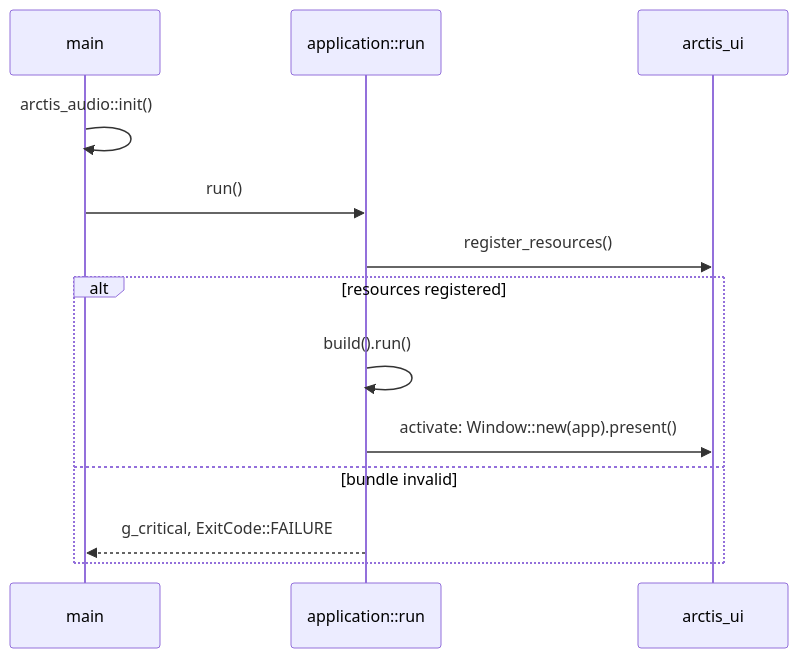
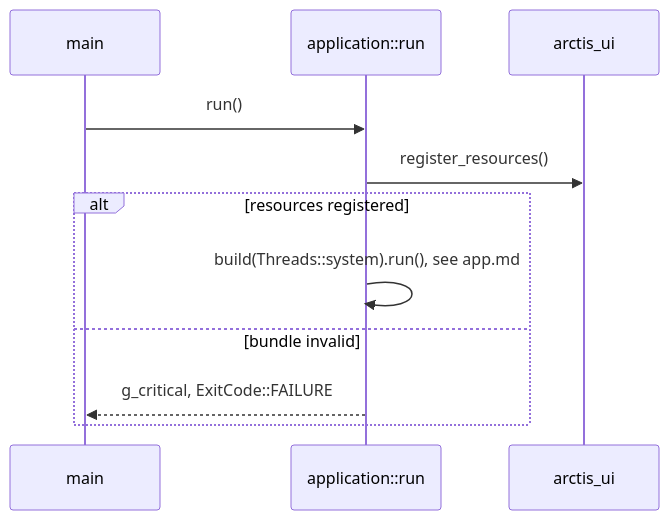
Before and after one commit to marcelogm/arctis-companion: the second of 4 diagrams in docs/architecture/README.md, drawn with Mermaid. The commit also changed other lines of this file and 1 other file, not shown here.

Commit message:
docs(architecture): add the app platform page

````diff
--- a/docs/architecture/README.md
+++ b/docs/architecture/README.md
@@ -47,15 +48,13 @@
 ```mermaid
 sequenceDiagram
     participant M as main
     participant A as application::run
     participant U as arctis_ui
-    M->>M: arctis_audio::init()
     M->>A: run()
     A->>U: register_resources()
     alt resources registered
-        A->>A: build().run()
-        A->>U: activate: Window::new(app).present()
+        A->>A: build(Threads::system).run(), see app.md
     else bundle invalid
         A-->>M: g_critical, ExitCode::FAILURE
     end
 ```
````
